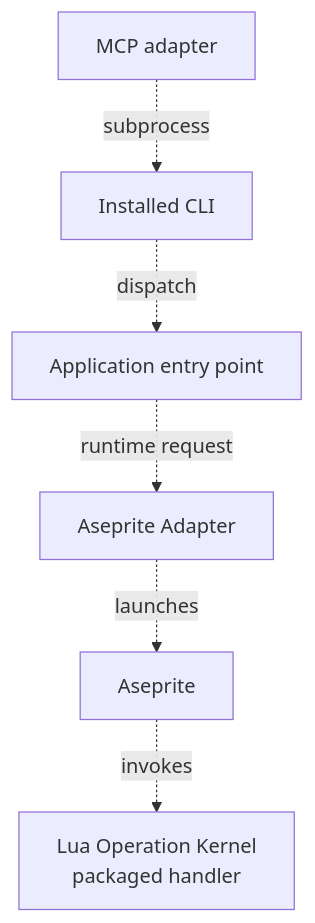
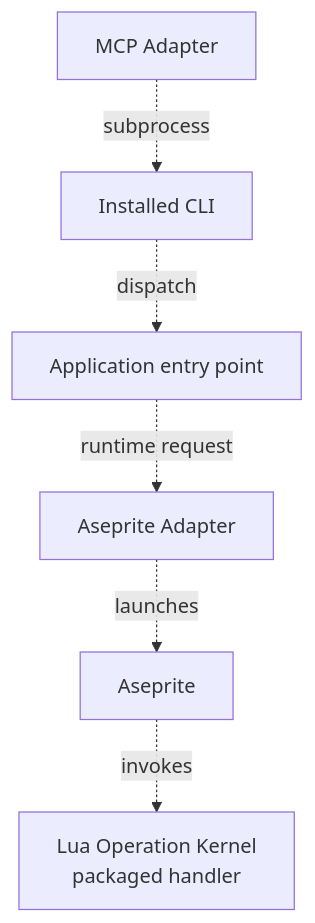
The fourth of 7 diagrams in ARCHITECTURE.md (aigengame/aseprite-automation), drawn with Mermaid before and after one commit. The commit also changed other lines of this file and 5 other files, not shown here.

````diff
--- a/ARCHITECTURE.md
+++ b/ARCHITECTURE.md
@@ -216,15 +216,15 @@
 ```mermaid
 flowchart TB
-    MCP[MCP adapter]
+    MCP[MCP Adapter]
     CLI[Installed CLI]
     Application[Application entry point]
     Adapter[Aseprite Adapter]
     Aseprite[Aseprite]
     Kernel["Lua Operation Kernel<br/>packaged handler"]
 
     MCP -. subprocess .-> CLI
     CLI -. dispatch .-> Application
     Application -. runtime request .-> Adapter
     Adapter -. launches .-> Aseprite
     Aseprite -. invokes .-> Kernel
 ```
````
